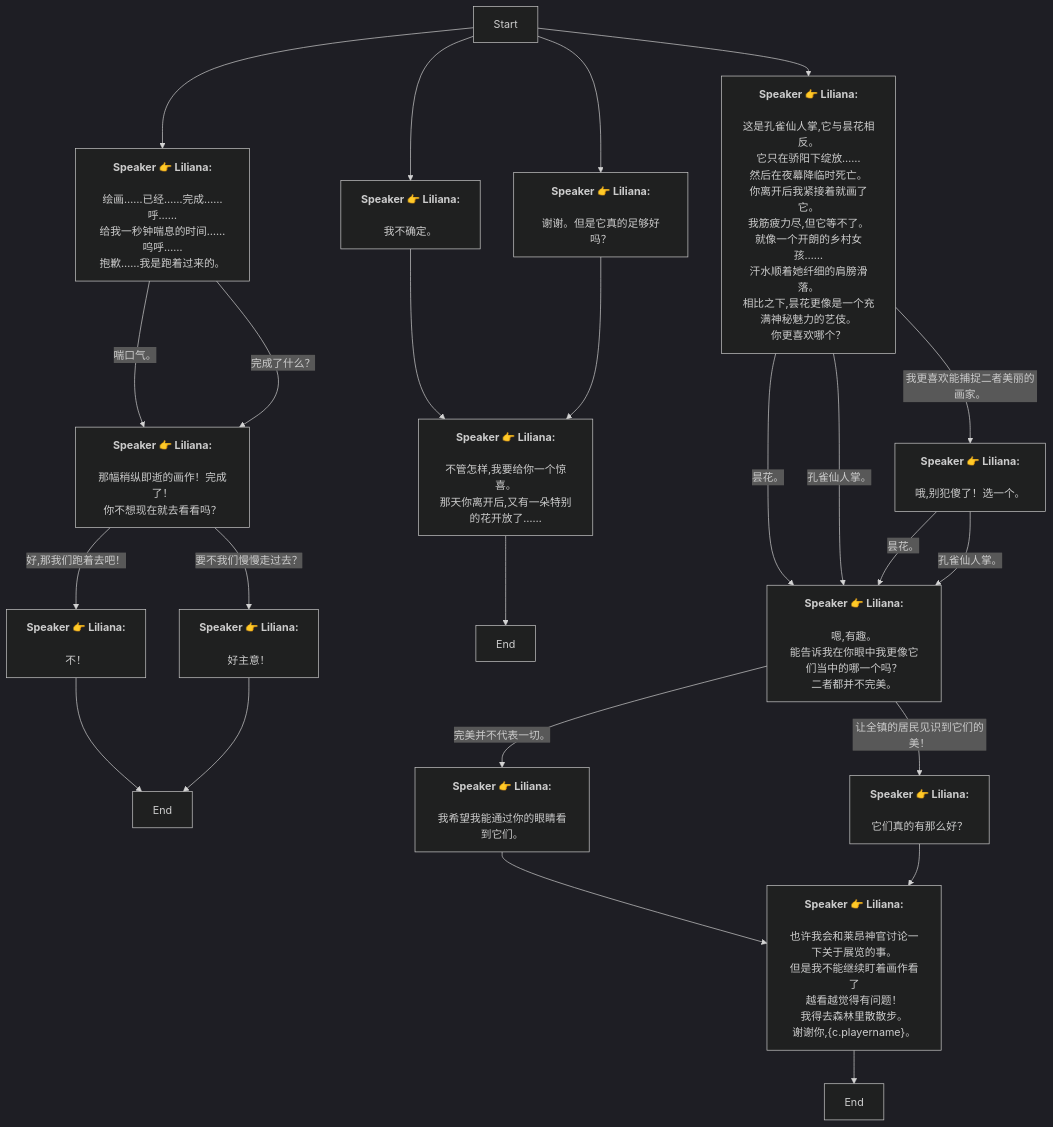
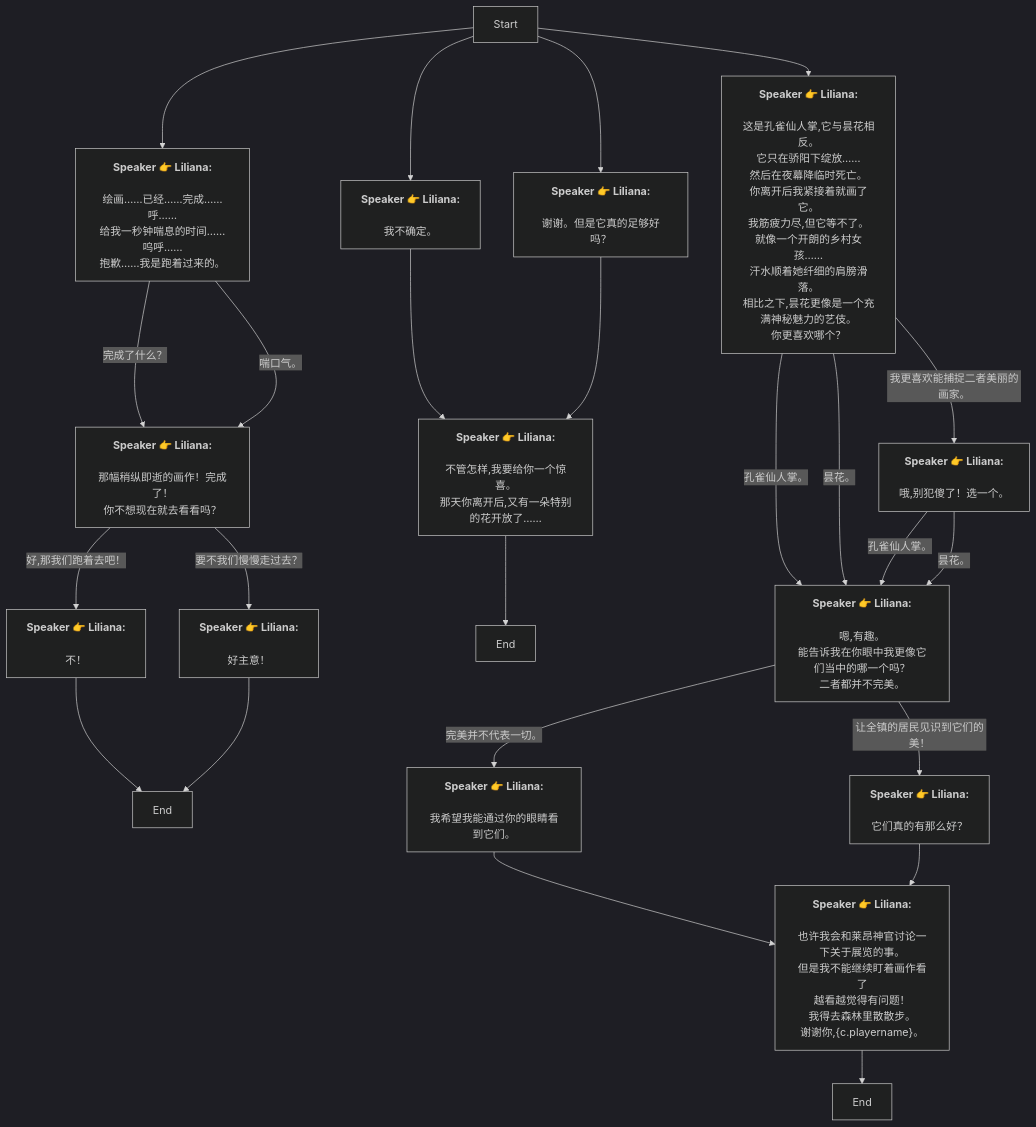
The diagram in Zh/heart_4_2_4_6.md (SoftHu/tos_avg), drawn with Mermaid (dark theme) before and after one commit. The commit also changed other lines of this file and 780 other files, not shown here.

````diff
--- a/Zh/heart_4_2_4_6.md
+++ b/Zh/heart_4_2_4_6.md
@@ -1,66 +1,66 @@
 ```mermaid
 graph
 Start -->1768789456595545[<b>Speaker 👉 Liliana:</b>
 \n绘画……已经……完成……呼……
 给我一秒钟喘息的时间……呜呼……
 抱歉……我是跑着过来的。]
+1768789456595545 -->|完成了什么？|1768789510087263[<b>Speaker 👉 Liliana:</b>
+\n那幅稍纵即逝的画作！完成了！
+你不想现在就去看看吗？]
 1768789456595545 -->|喘口气。|1768789510087263[<b>Speaker 👉 Liliana:</b>
 \n那幅稍纵即逝的画作！完成了！
 你不想现在就去看看吗？]
-1768789456595545 -->|完成了什么？|1768789510087263[<b>Speaker 👉 Liliana:</b>
-\n那幅稍纵即逝的画作！完成了！
-你不想现在就去看看吗？]
+1768789510087263 -->|要不我们慢慢走过去？|1768789563720294[<b>Speaker 👉 Liliana:</b>
+\n好主意！]
 1768789510087263 -->|好,那我们跑着去吧！|1768789555074661[<b>Speaker 👉 Liliana:</b>
 \n不！]
-1768789510087263 -->|要不我们慢慢走过去？|1768789563720294[<b>Speaker 👉 Liliana:</b>
-\n好主意！]
 1768789555074661 -->1768789571012199[End]
 1768789563720294 -->1768789571012199[End]
+Start -->1768789637396081[<b>Speaker 👉 Liliana:</b>
+\n谢谢。但是它真的足够好吗？]
 Start -->1768789629735536[<b>Speaker 👉 Liliana:</b>
 \n我不确定。]
-Start -->1768789637396081[<b>Speaker 👉 Liliana:</b>
-\n谢谢。但是它真的足够好吗？]
 1768789629735536 -->1768789648189042[<b>Speaker 👉 Liliana:</b>
 \n不管怎样,我要给你一个惊喜。
 那天你离开后,又有一朵特别的花开放了……]
 1768789648189042 -->1768789667948147[End]
 1768789637396081 -->1768789648189042[<b>Speaker 👉 Liliana:</b>
 \n不管怎样,我要给你一个惊喜。
 那天你离开后,又有一朵特别的花开放了……]
 Start -->1768789682103925[<b>Speaker 👉 Liliana:</b>
 \n这是孔雀仙人掌,它与昙花相反。\n它只在骄阳下绽放……
 然后在夜幕降临时死亡。\n你离开后我紧接着就画了它。
 我筋疲力尽,但它等不了。\n就像一个开朗的乡村女孩……
 汗水顺着她纤细的肩膀滑落。
 相比之下,昙花更像是一个充满神秘魅力的艺伎。\n你更喜欢哪个？]
 1768789682103925 -->|我更喜欢能捕捉二者美丽的画家。|1768789777376911[<b>Speaker 👉 Liliana:</b>
 \n哦,别犯傻了！选一个。]
+1768789682103925 -->|孔雀仙人掌。|1768789854508697[<b>Speaker 👉 Liliana:</b>
+\n嗯,有趣。\n能告诉我在你眼中我更像它们当中的哪一个吗？
+二者都并不完美。]
 1768789682103925 -->|昙花。|1768789854508697[<b>Speaker 👉 Liliana:</b>
 \n嗯,有趣。\n能告诉我在你眼中我更像它们当中的哪一个吗？
 二者都并不完美。]
-1768789682103925 -->|孔雀仙人掌。|1768789854508697[<b>Speaker 👉 Liliana:</b>
+1768789777376911 -->|孔雀仙人掌。|1768789854508697[<b>Speaker 👉 Liliana:</b>
 \n嗯,有趣。\n能告诉我在你眼中我更像它们当中的哪一个吗？
 二者都并不完美。]
 1768789777376911 -->|昙花。|1768789854508697[<b>Speaker 👉 Liliana:</b>
 \n嗯,有趣。\n能告诉我在你眼中我更像它们当中的哪一个吗？
 二者都并不完美。]
-1768789777376911 -->|孔雀仙人掌。|1768789854508697[<b>Speaker 👉 Liliana:</b>
-\n嗯,有趣。\n能告诉我在你眼中我更像它们当中的哪一个吗？
-二者都并不完美。]
+1768789854508697 -->|让全镇的居民见识到它们的美！|1768789909116576[<b>Speaker 👉 Liliana:</b>
+\n它们真的有那么好？]
 1768789854508697 -->|完美并不代表一切。|1768789897873055[<b>Speaker 👉 Liliana:</b>
 \n我希望我能通过你的眼睛看到它们。]
-1768789854508697 -->|让全镇的居民见识到它们的美！|1768789909116576[<b>Speaker 👉 Liliana:</b>
-\n它们真的有那么好？]
 1768789897873055 -->1768789917893281[<b>Speaker 👉 Liliana:</b>
 \n也许我会和莱昂神官讨论一下关于展览的事。
 但是我不能继续盯着画作看了
 越看越觉得有问题！\n我得去森林里散散步。
 谢谢你,&lbrace;c.playername&rbrace;。]
 1768789917893281 -->1768789958068898[End]
 1768789909116576 -->1768789917893281[<b>Speaker 👉 Liliana:</b>
 \n也许我会和莱昂神官讨论一下关于展览的事。
 但是我不能继续盯着画作看了
 越看越觉得有问题！\n我得去森林里散散步。
 谢谢你,&lbrace;c.playername&rbrace;。]
 
 ```
````
